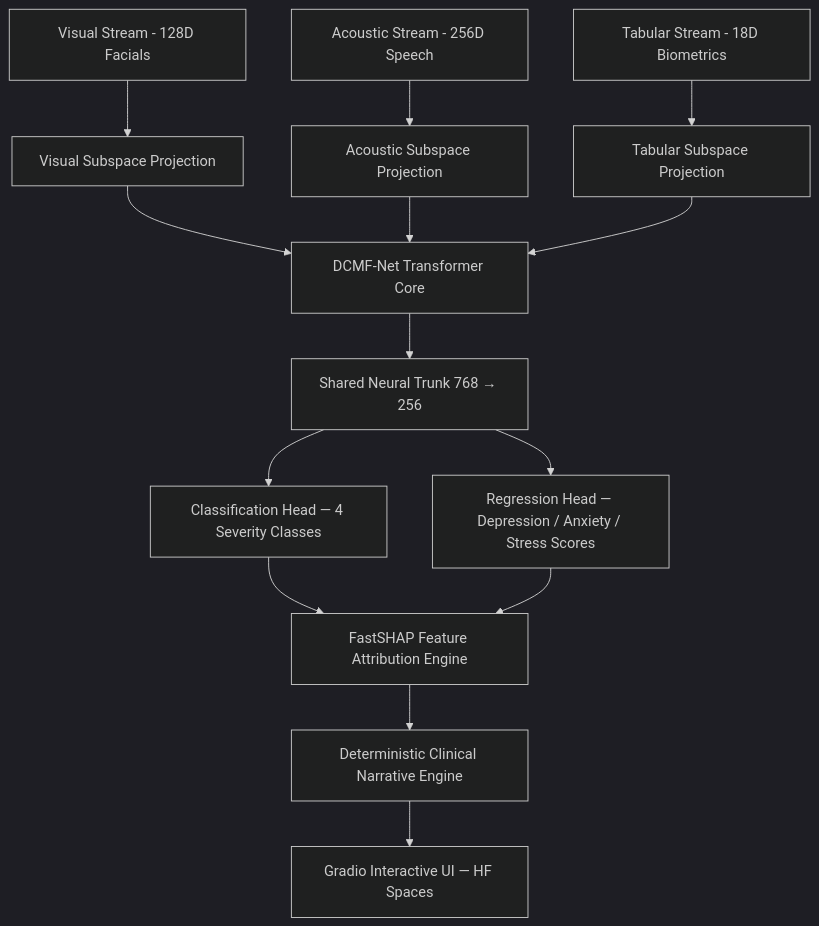
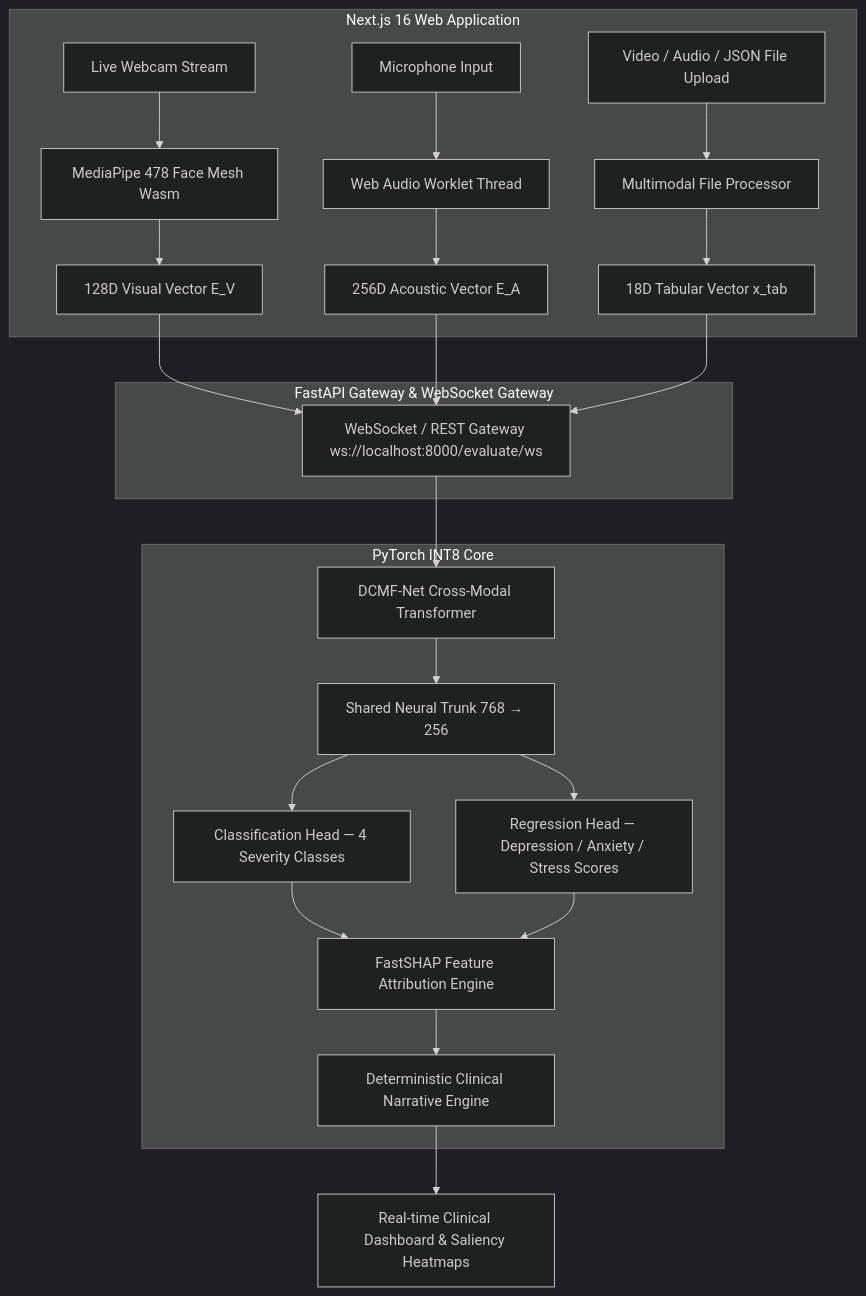
The diagram in README.md (M-Sanjay-IND/multimodal-mental-health), drawn with Mermaid (dark theme) before and after one commit. The commit also changed other lines of this file and 7 other files, not shown here.

Commit message:
feat: fix pulled Next.js frontend, add camera/mic permission handling, data upload modal, and WebSocket/REST normalization

````diff
--- a/README.md
+++ b/README.md
@@ -28,21 +16,31 @@
 ```mermaid
 graph TD
-    A[Visual Stream - 128D Facials] --> P1[Visual Subspace Projection]
-    B[Acoustic Stream - 256D Speech] --> P2[Acoustic Subspace Projection]
-    C[Tabular Stream - 18D Biometrics] --> P3[Tabular Subspace Projection]
+    subgraph Client Layer [Next.js 16 Web Application]
+        Cam[Live Webcam Stream] --> MP[MediaPipe 478 Face Mesh Wasm]
+        Mic[Microphone Input] --> WA[Web Audio Worklet Thread]
+        Upload[Video / Audio / JSON File Upload] --> Uploader[Multimodal File Processor]
 
-    P1 --> DCMF[DCMF-Net Transformer Core]
-    P2 --> DCMF
-    P3 --> DCMF
+        MP --> VisVec[128D Visual Vector E_V]
+        WA --> AcVec[256D Acoustic Vector E_A]
+        Uploader --> TabVec[18D Tabular Vector x_tab]
+    end
 
-    DCMF --> Trunk[Shared Neural Trunk 768 → 256]
+    subgraph Gateway Layer [FastAPI Gateway & WebSocket Gateway]
+        VisVec --> WS[WebSocket / REST Gateway ws://localhost:8000/evaluate/ws]
+        AcVec --> WS
+        TabVec --> WS
+    end
 
-    Trunk --> ClsHead[Classification Head — 4 Severity Classes]
-    Trunk --> RegHead[Regression Head — Depression / Anxiety / Stress Scores]
+    subgraph AI Inference Layer [PyTorch INT8 Core]
+        WS --> DCMF[DCMF-Net Cross-Modal Transformer]
+        DCMF --> Trunk[Shared Neural Trunk 768 → 256]
+        Trunk --> ClsHead[Classification Head — 4 Severity Classes]
+        Trunk --> RegHead[Regression Head — Depression / Anxiety / Stress Scores]
 
-    ClsHead --> FastSHAP[FastSHAP Feature Attribution Engine]
-    RegHead --> FastSHAP
+        ClsHead --> FastSHAP[FastSHAP Feature Attribution Engine]
+        RegHead --> FastSHAP
+        FastSHAP --> Narrative[Deterministic Clinical Narrative Engine]
+    end
 
-    FastSHAP --> Narrative[Deterministic Clinical Narrative Engine]
-    Narrative --> UI[Gradio Interactive UI — HF Spaces]
+    Narrative --> UI[Real-time Clinical Dashboard & Saliency Heatmaps]
 ```
````
